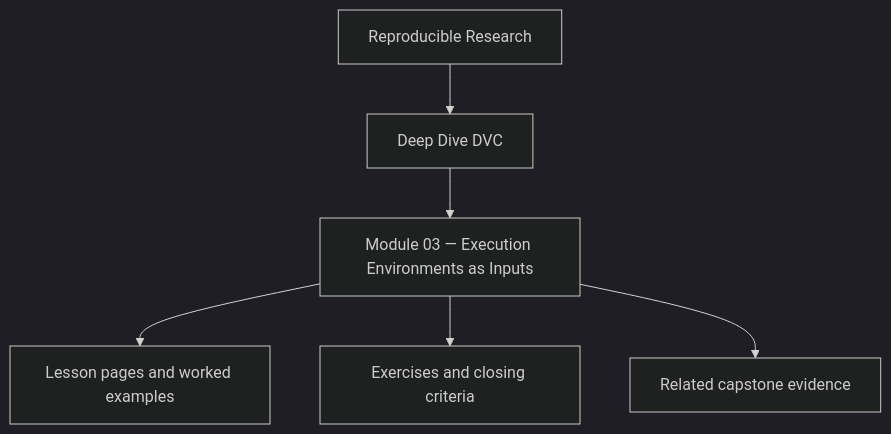
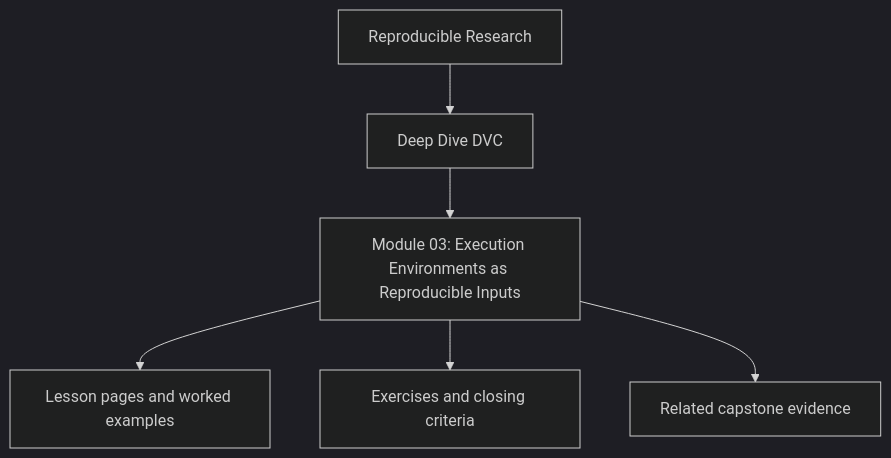
One commit to bijux/bijux-masterclass changed the first of 3 diagrams in programs/reproducible-research/deep-dive-dvc/course-book/module-03-execution-environments-as-inputs/index.md. Above: the diagram before and after it, drawn with Mermaid (dark theme). The commit also changed other lines of this file and 241 other files, not shown here.

````diff
--- a/programs/reproducible-research/deep-dive-dvc/course-book/module-03-execution-environments-as-inputs/index.md
+++ b/programs/reproducible-research/deep-dive-dvc/course-book/module-03-execution-environments-as-inputs/index.md
@@ -7,8 +7,8 @@
 ```mermaid
 flowchart TD
   family["Reproducible Research"] --> program["Deep Dive DVC"]
-  program --> module["Module 03 — Execution Environments as Inputs"]
+  program --> module["Module 03: Execution Environments as Reproducible Inputs"]
   module --> lessons["Lesson pages and worked examples"]
   module --> checkpoints["Exercises and closing criteria"]
   module --> capstone["Related capstone evidence"]
 ```
````
